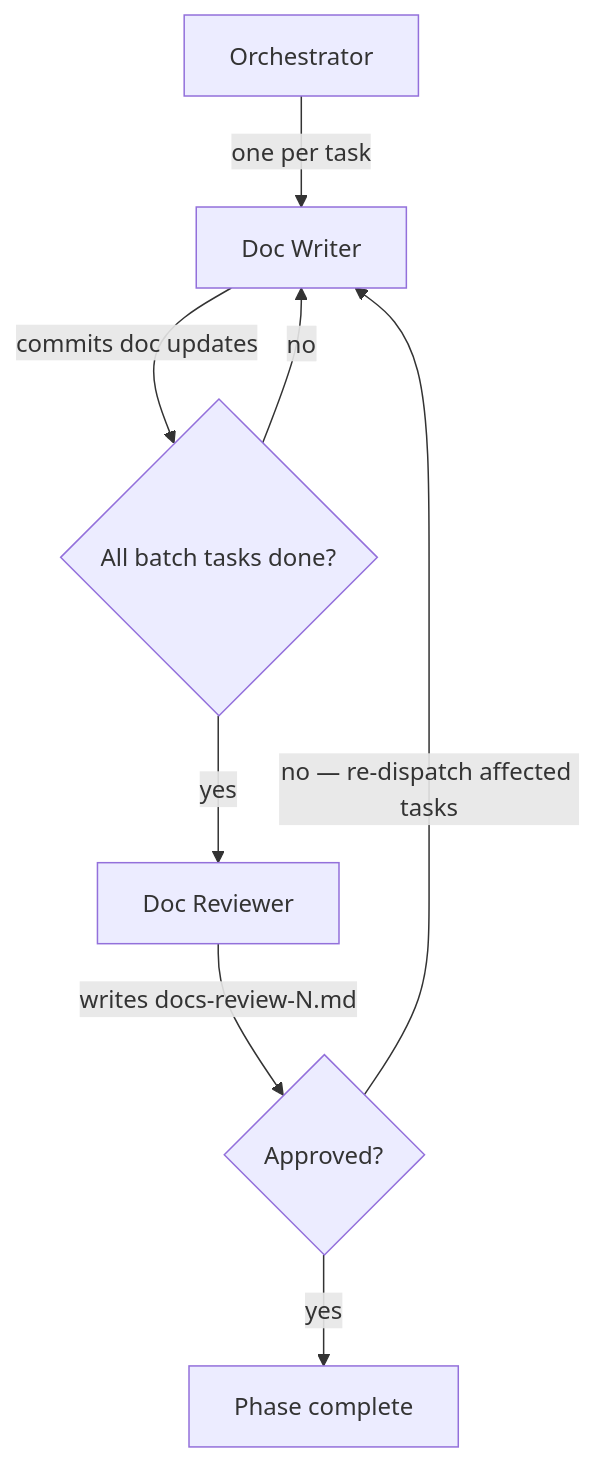
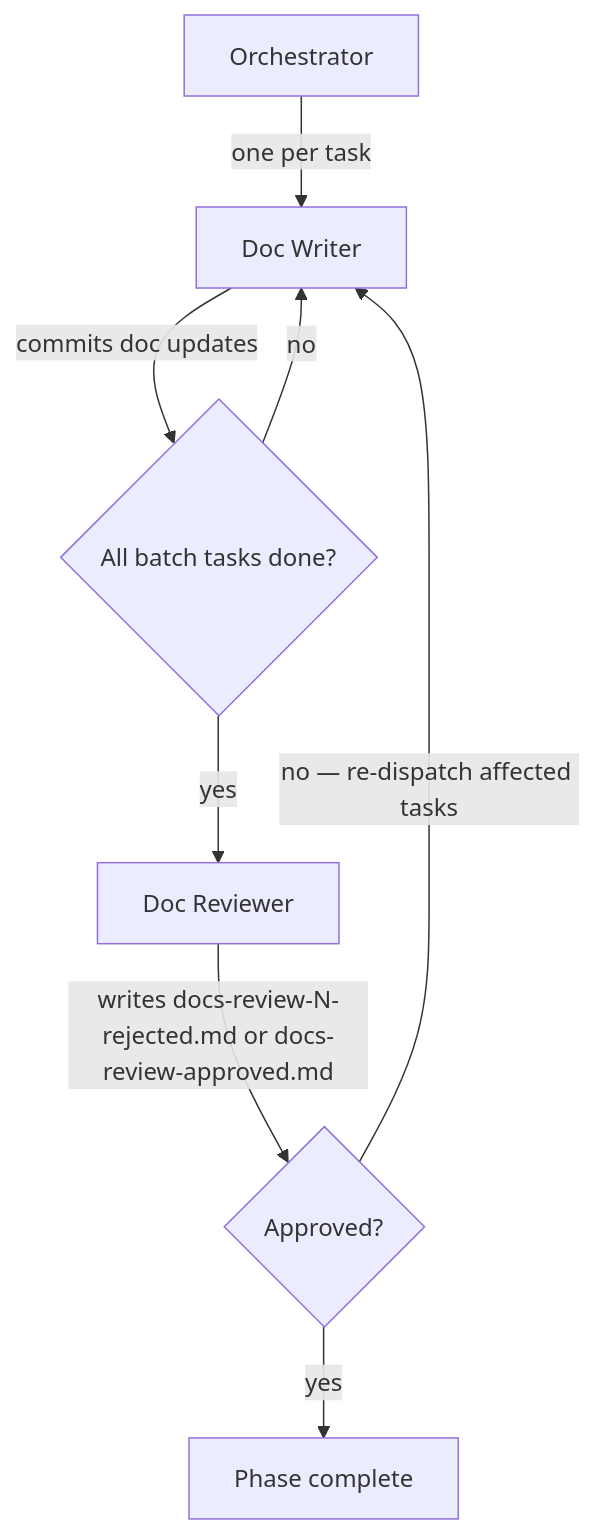
One commit to Automattic/radical-pipelines changed the diagram in .agents/skills/radical-pipelines/reference/autonomous-phases/5 - docs.md. Above: the diagram before and after it, drawn with Mermaid. The commit also changed other lines of this file and 2 other files, not shown here.

First line of the commit message:
Apply review-naming convention to phase 5 (docs)

````diff
--- a/.agents/skills/radical-pipelines/reference/autonomous-phases/5 - docs.md
+++ b/.agents/skills/radical-pipelines/reference/autonomous-phases/5 - docs.md
@@ -40,10 +41,10 @@
 ```mermaid
 flowchart TD
     A[Orchestrator] -->|one per task| B[Doc Writer]
     B -->|commits doc updates| C{All batch tasks done?}
     C -->|no| B
     C -->|yes| D[Doc Reviewer]
-    D -->|writes docs-review-N.md| E{Approved?}
+    D -->|writes docs-review-N-rejected.md or docs-review-approved.md| E{Approved?}
     E -->|no — re-dispatch affected tasks| B
     E -->|yes| F[Phase complete]
 ```
````
